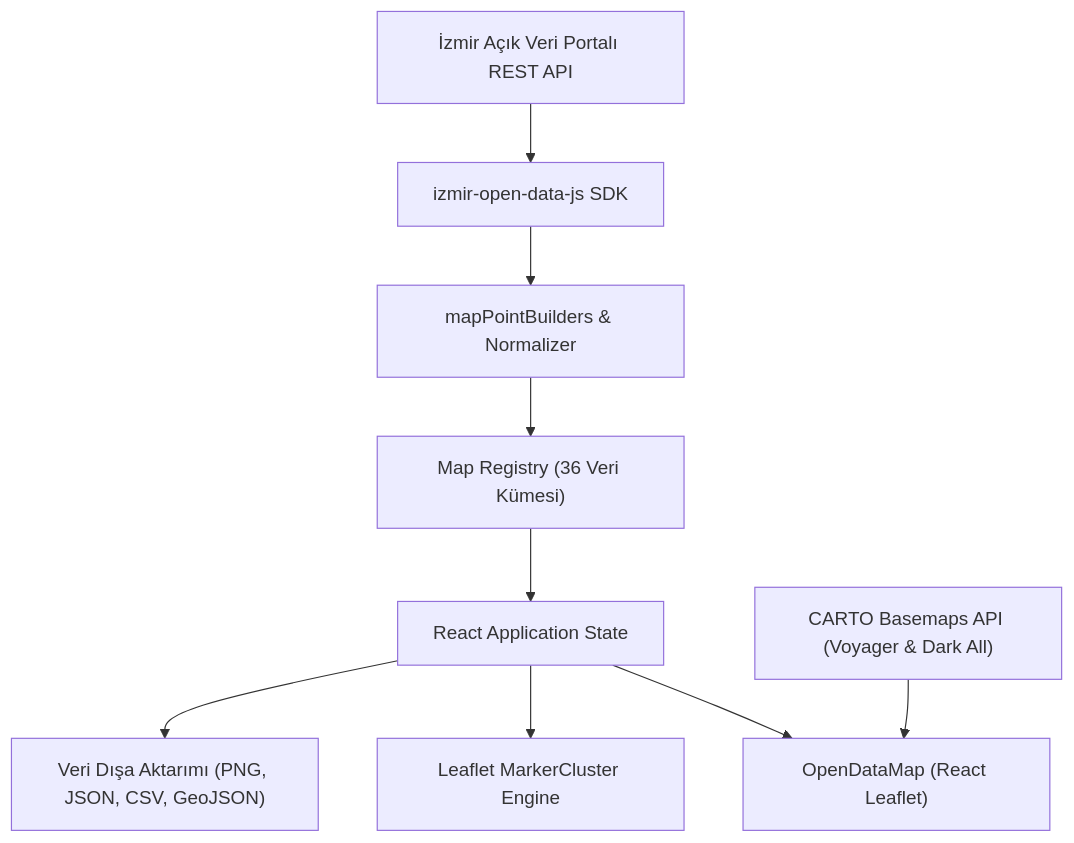
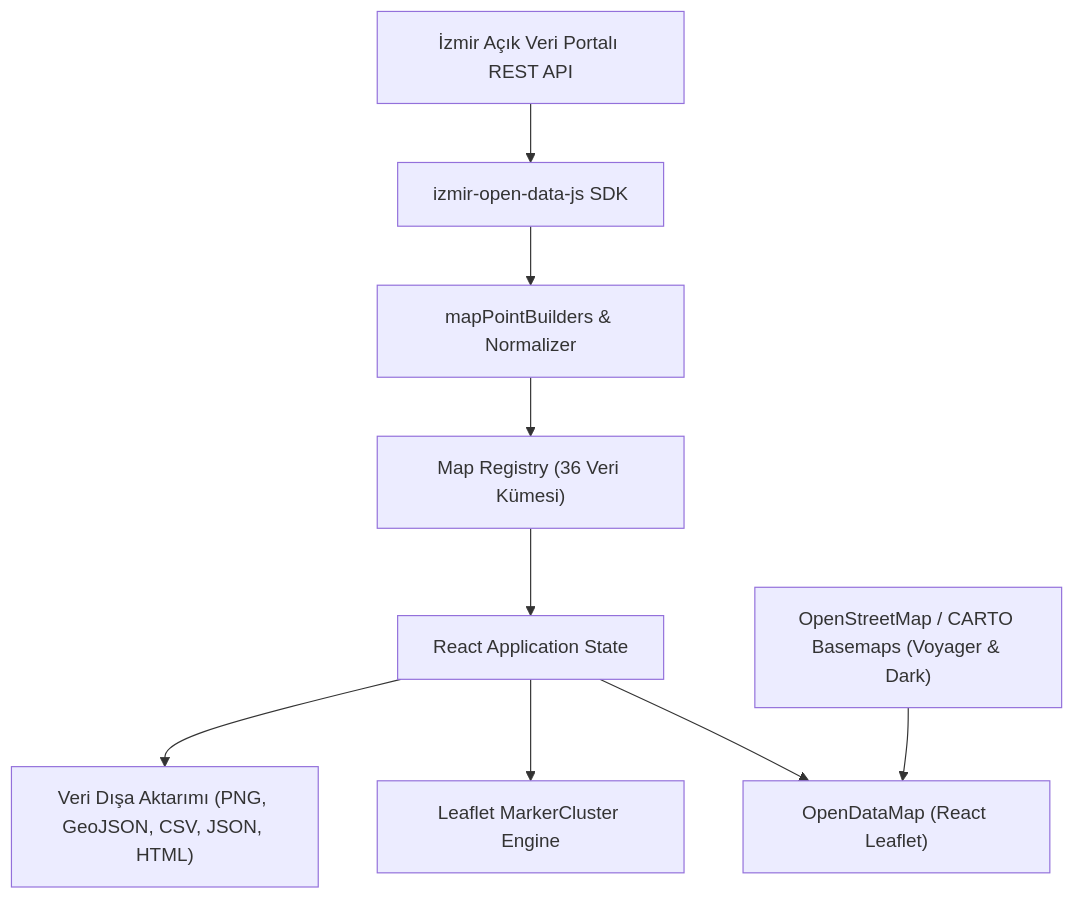
The diagram in README.md (AtaCanYmc/izbb-acikveri-haritalari), drawn with Mermaid before and after one commit. The commit also changed other lines of this file and 6 other files, not shown here.

Commit message:
docs: update roadmap, contributing, and README for clarity and accuracy

````diff
--- a/README.md
+++ b/README.md
@@ -41,11 +51,11 @@
 ```mermaid
 flowchart TD
     API["İzmir Açık Veri Portalı REST API"] --> Client["izmir-open-data-js SDK"]
     Client --> Normalizer["mapPointBuilders & Normalizer"]
     Normalizer --> Registry["Map Registry (36 Veri Kümesi)"]
     Registry --> State["React Application State"]
     State --> View["OpenDataMap (React Leaflet)"]
     State --> Cluster["Leaflet MarkerCluster Engine"]
-    State --> Export["Veri Dışa Aktarımı (PNG, JSON, CSV, GeoJSON)"]
-    Tiles["CARTO Basemaps API (Voyager & Dark All)"] --> View
+    State --> Export["Veri Dışa Aktarımı (PNG, GeoJSON, CSV, JSON, HTML)"]
+    Tiles["OpenStreetMap / CARTO Basemaps (Voyager & Dark)"] --> View
 ```
````
